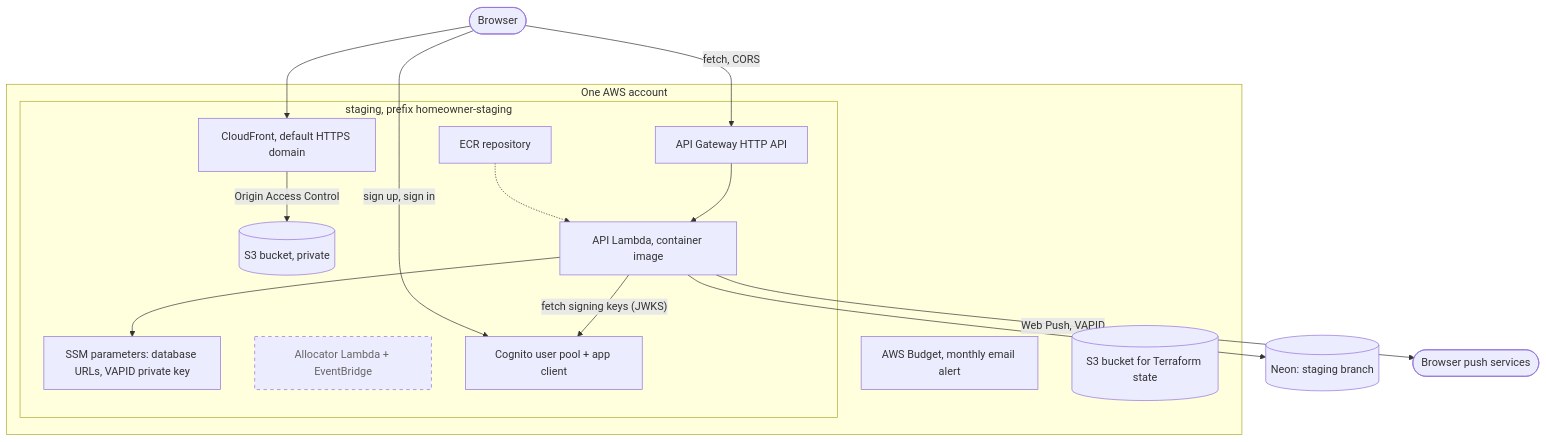
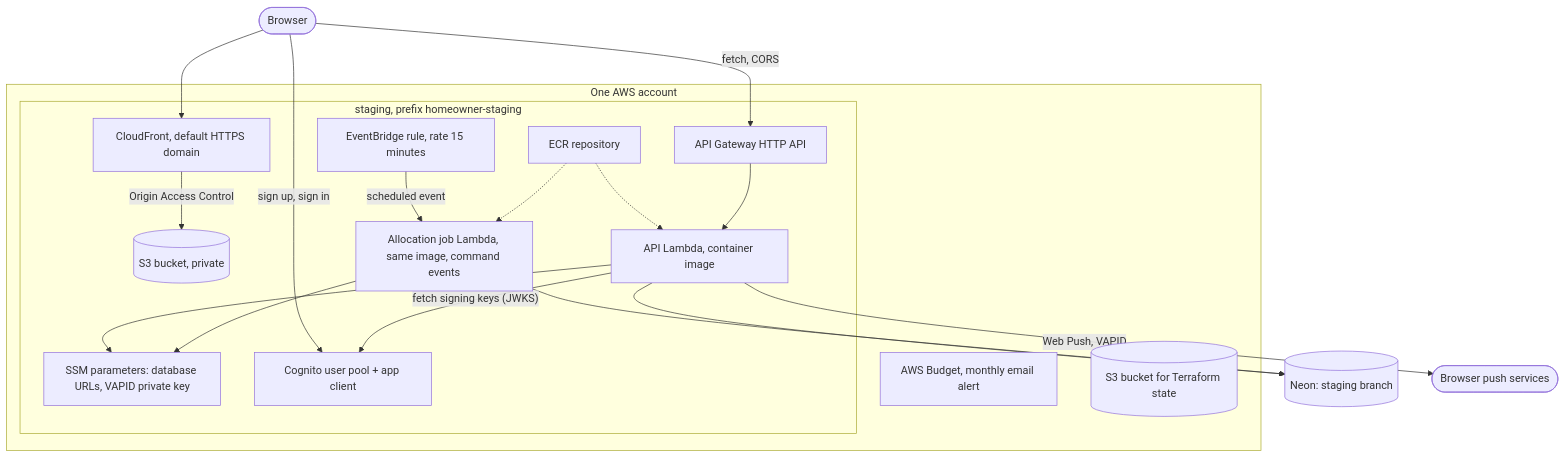
Before and after one commit to AbnerWillclefy/Homeowner: the first of 3 diagrams in docs/architecture/infrastructure.md, drawn with Mermaid. The commit also changed other lines of this file and 12 other files, not shown here.

Commit message:
feat(infra): schedule the allocation job and document it

````diff
--- a/docs/architecture/infrastructure.md
+++ b/docs/architecture/infrastructure.md
@@ -15,30 +15,34 @@
 ```mermaid
 flowchart TB
     user(["Browser"])
     subgraph aws["One AWS account"]
       subgraph stg["staging, prefix homeowner-staging"]
         cf["CloudFront, default HTTPS domain"]
         s3[("S3 bucket, private")]
         apigw["API Gateway HTTP API"]
         fn["API Lambda, container image"]
         ecr["ECR repository"]
         ssm["SSM parameters: database URLs, VAPID private key"]
-        alloc["Allocator Lambda + EventBridge"]:::p
+        eb["EventBridge rule, rate 15 minutes"]
+        alloc["Allocation job Lambda, same image, command events"]
         cog["Cognito user pool + app client"]
       end
       bud["AWS Budget, monthly email alert"]
       tf[("S3 bucket for Terraform state")]
     end
     neon[("Neon: staging branch")]
     user --> cf
     cf -- "Origin Access Control" --> s3
     user -- "fetch, CORS" --> apigw
     apigw --> fn
     ecr -.-> fn
+    ecr -.-> alloc
+    eb -- "scheduled event" --> alloc
+    alloc --> ssm
+    alloc --> neon
     fn --> ssm
     fn --> neon
     fn -- "Web Push, VAPID" --> push(["Browser push services"])
     fn -- "fetch signing keys (JWKS)" --> cog
     user -- "sign up, sign in" --> cog
-    classDef p stroke-dasharray: 5 5,color:#666
 ```
````
